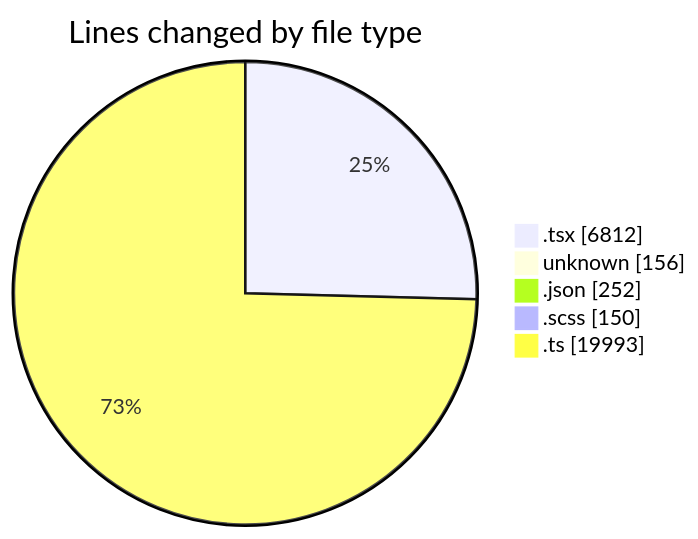
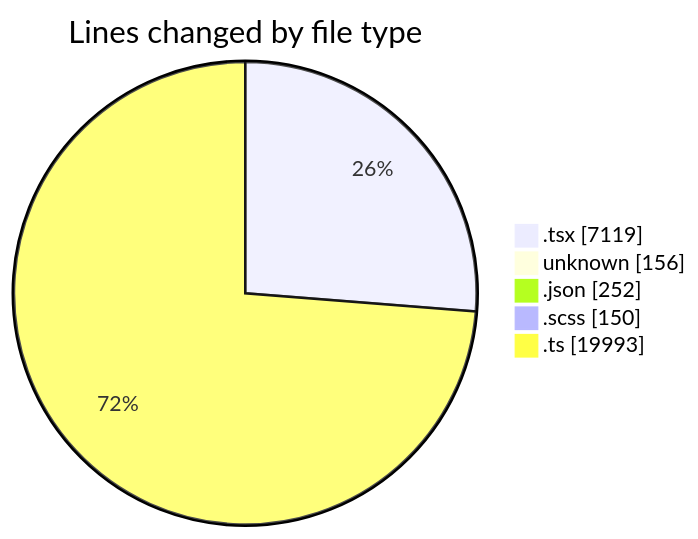
The first of 2 diagrams in 2026-09-28/cda/README.md (momahboobian/code-tracking), drawn with Mermaid before and after one commit. The commit also changed other lines of this file and 1 other file, not shown here.

````diff
--- a/2026-09-28/cda/README.md
+++ b/2026-09-28/cda/README.md
@@ -51,9 +53,9 @@
 ```mermaid
 pie showData
 title Lines changed by file type
-".tsx" : 6812
+".tsx" : 7119
 "unknown" : 156
 ".json" : 252
 ".scss" : 150
 ".ts" : 19993
 ```
````
